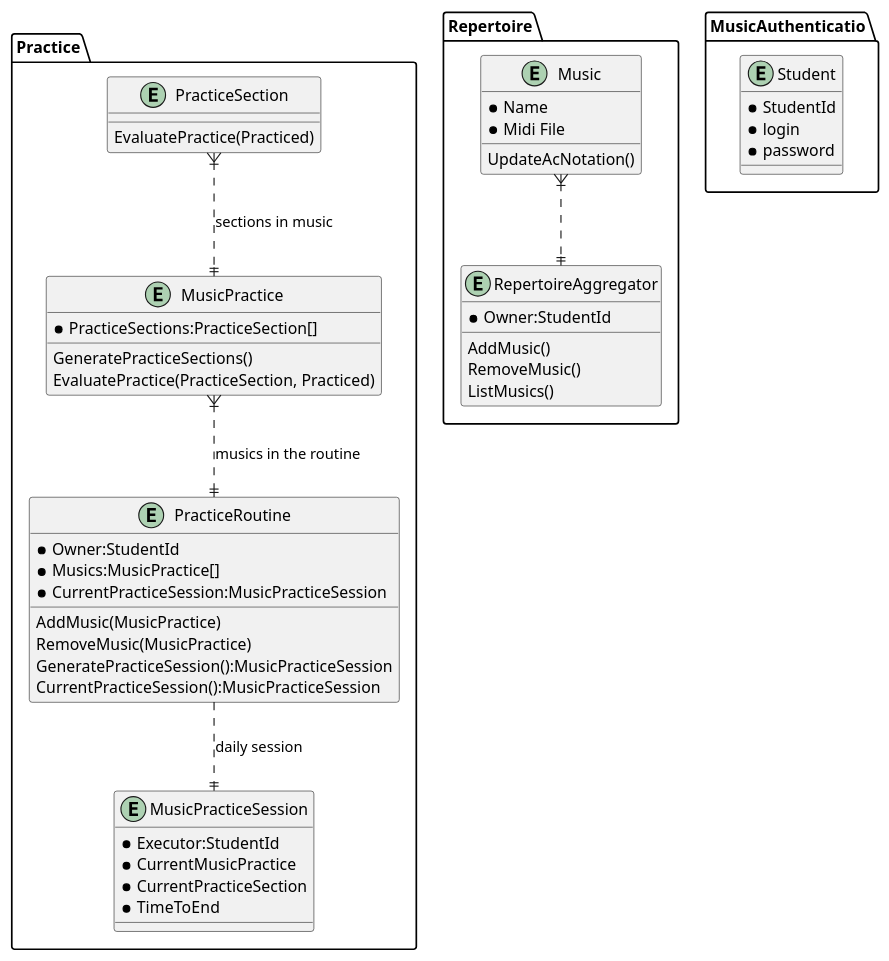
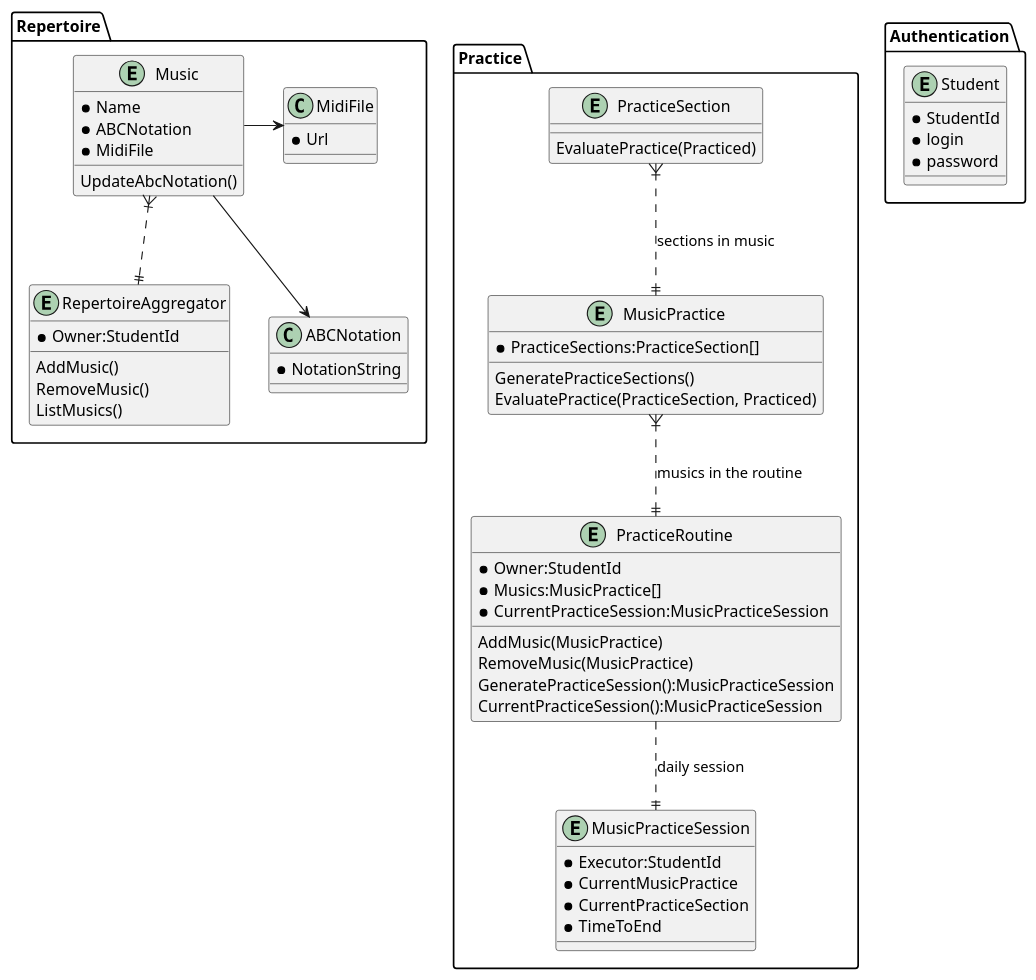
The first of 5 diagrams in docs/architecture.md (lelis718/MusicPracticePlanner), drawn with PlantUML before and after one commit. The commit also changed 84 other files, not shown here.

````diff
--- a/docs/architecture.md
+++ b/docs/architecture.md
@@ -228,65 +228,78 @@
 ```plantuml
 @startuml Domain Model
 
 
 package Practice {
 
     entity MusicPracticeSession {
         * Executor:StudentId
         * CurrentMusicPractice
         * CurrentPracticeSection
         * TimeToEnd
     }
 
     entity MusicPractice {
         * PracticeSections:PracticeSection[]
         GeneratePracticeSections()
         EvaluatePractice(PracticeSection, Practiced)
     }
     entity PracticeSection {
         EvaluatePractice(Practiced)
     }
 
     entity PracticeRoutine {
         * Owner:StudentId
         * Musics:MusicPractice[]
         * CurrentPracticeSession:MusicPracticeSession
         AddMusic(MusicPractice)
         RemoveMusic(MusicPractice)
         GeneratePracticeSession():MusicPracticeSession
         CurrentPracticeSession():MusicPracticeSession
     }
 
 }
 
 package Repertoire {
     entity RepertoireAggregator {
         * Owner:StudentId
         AddMusic()   
         RemoveMusic()
         ListMusics()
     }
 
     entity Music{
         * Name
-        * Midi File
-        UpdateAcNotation()
+        * ABCNotation
+        * MidiFile
+        UpdateAbcNotation()
     }
 
+    class ABCNotation{
+        * NotationString
+    }
+
+    class MidiFile{
+        * Url
+    }
+
+    Music -> MidiFile
+    Music -down-> ABCNotation
+
 }
-package MusicAuthenticatio {
+
+package Authentication {
 
     entity Student{
         * StudentId
         * login
         * password
     }
 }
 
 Music }|..|| RepertoireAggregator
 PracticeRoutine ..|| MusicPracticeSession : daily session 
 MusicPractice }|..|| PracticeRoutine : musics in the routine
 PracticeSection }|..|| MusicPractice : sections in music
 
 @enduml
 ```
````
